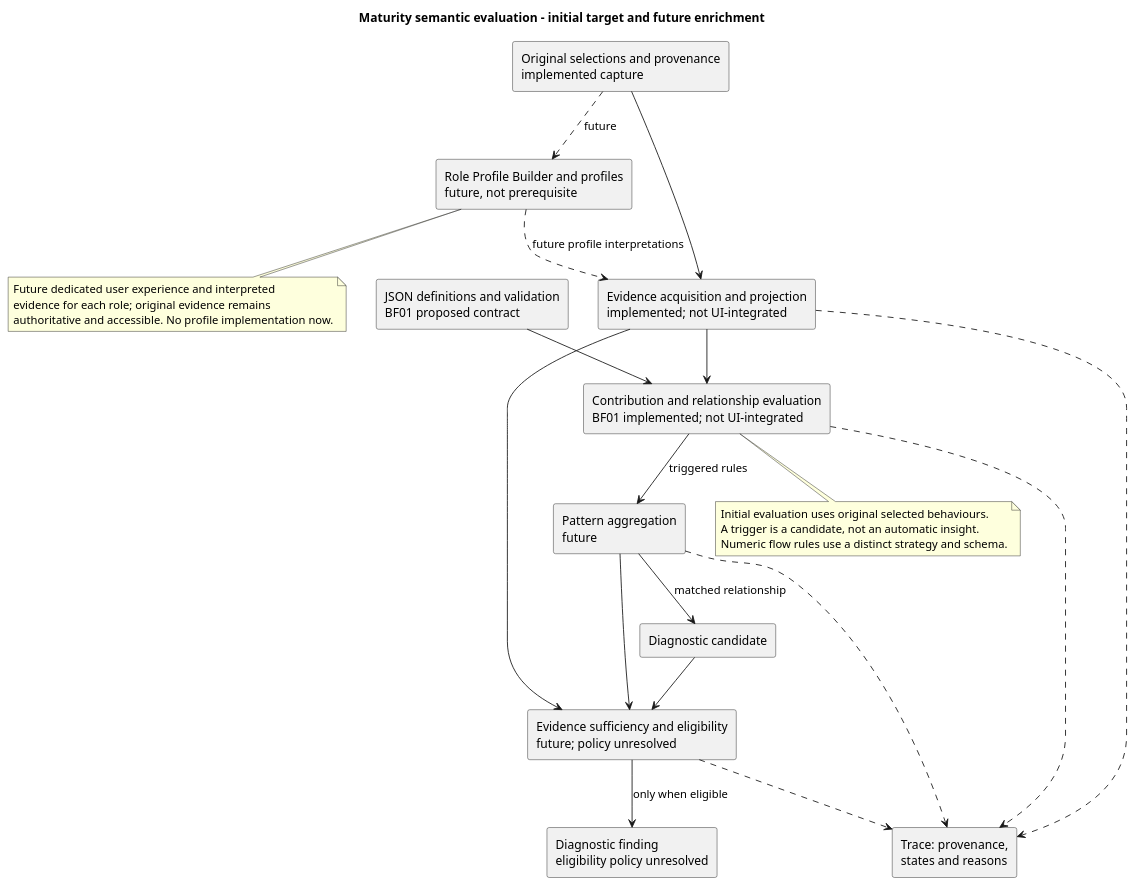
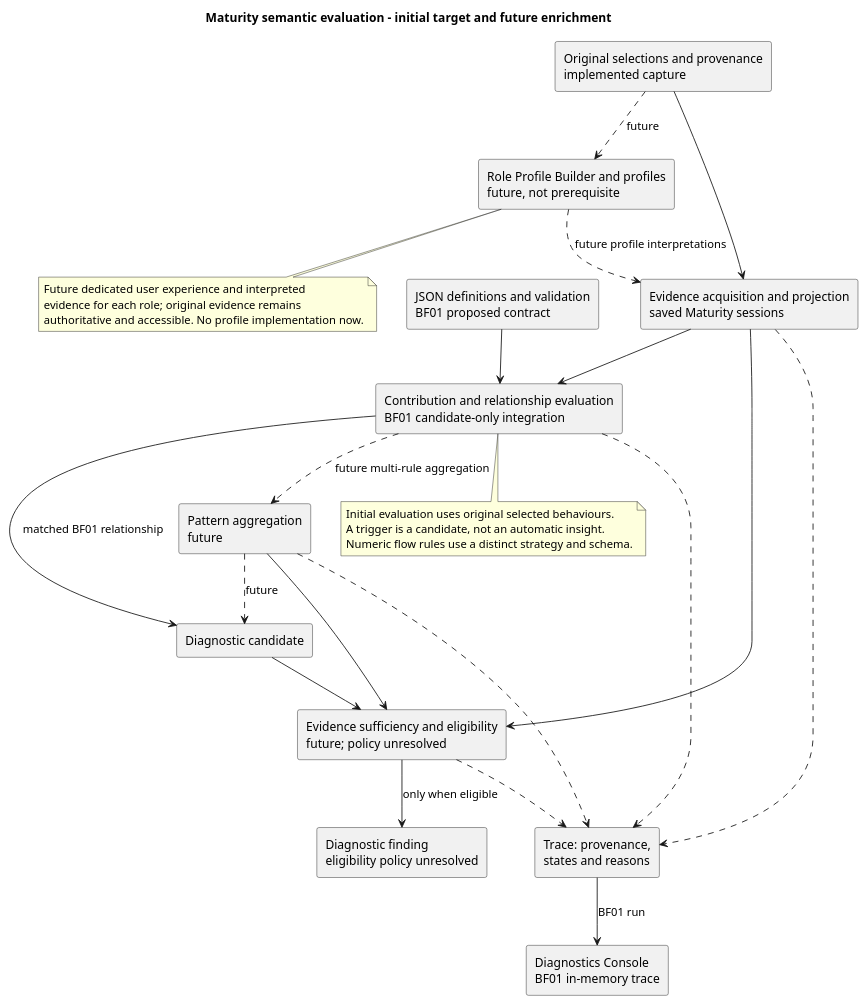
Before and after one commit to Dowlingfuau/Empowered-Delivery: the diagram in OperationalIntelligenceHub/docs/architecture/rule_engine_interaction.puml, drawn with PlantUML. The commit also changed 18 other files, not shown here.

Commit message:
Implemented the approved candidate-only BF01 integration. Saved assessments now produce an in-memory semantic trace in the Diagnostics Console. No diagnostic finding, eligibility policy, or narrative was added; the numeric pipeline remains unchanged.

```diff
--- a/OperationalIntelligenceHub/docs/architecture/rule_engine_interaction.puml
+++ b/OperationalIntelligenceHub/docs/architecture/rule_engine_interaction.puml
@@ -1,38 +1,41 @@
 @startuml
 title Maturity semantic evaluation - initial target and future enrichment
 rectangle "Original selections and provenance\nimplemented capture" as evidence
-rectangle "Evidence acquisition and projection\nimplemented; not UI-integrated" as projection
+rectangle "Evidence acquisition and projection\nsaved Maturity sessions" as projection
 rectangle "Role Profile Builder and profiles\nfuture, not prerequisite" as profiles
 rectangle "JSON definitions and validation\nBF01 proposed contract" as rules
-rectangle "Contribution and relationship evaluation\nBF01 implemented; not UI-integrated" as match
+rectangle "Contribution and relationship evaluation\nBF01 candidate-only integration" as match
 rectangle "Pattern aggregation\nfuture" as aggregate
 rectangle "Diagnostic candidate" as candidate
 rectangle "Evidence sufficiency and eligibility\nfuture; policy unresolved" as support
 rectangle "Diagnostic finding\neligibility policy unresolved" as finding
 rectangle "Trace: provenance,\nstates and reasons" as trace
+rectangle "Diagnostics Console\nBF01 in-memory trace" as console
 evidence --> projection
 evidence ..> profiles : future
 profiles ..> projection : future profile interpretations
 projection --> match
 rules --> match
-match --> aggregate : triggered rules
+match ..> aggregate : future multi-rule aggregation
 aggregate --> support
 projection --> support
-aggregate --> candidate : matched relationship
+match --> candidate : matched BF01 relationship
+aggregate ..> candidate : future
 candidate --> support
 support --> finding : only when eligible
 projection ..> trace
 match ..> trace
 aggregate ..> trace
 support ..> trace
+trace --> console : BF01 run
 note bottom of match
   Initial evaluation uses original selected behaviours.
   A trigger is a candidate, not an automatic insight.
   Numeric flow rules use a distinct strategy and schema.
 end note
 note bottom of profiles
   Future dedicated user experience and interpreted
   evidence for each role; original evidence remains
   authoritative and accessible. No profile implementation now.
 end note
 @enduml
```
